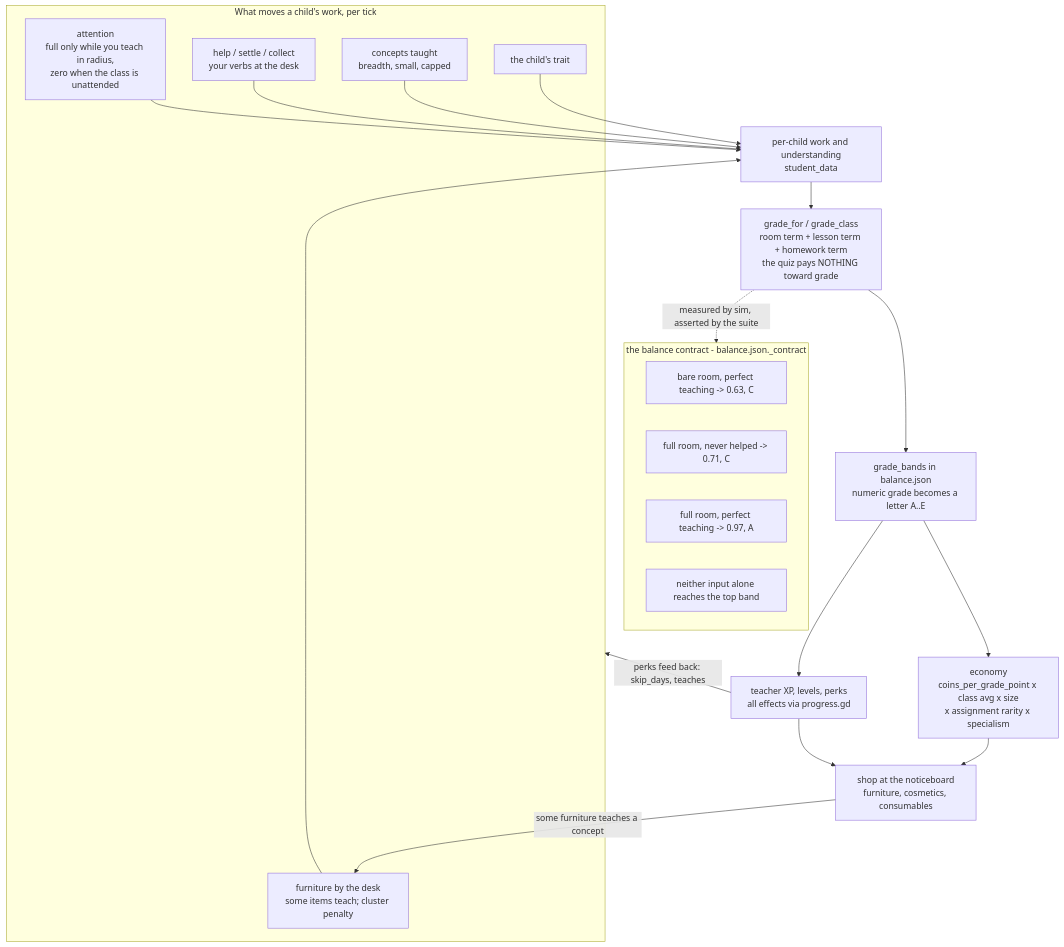
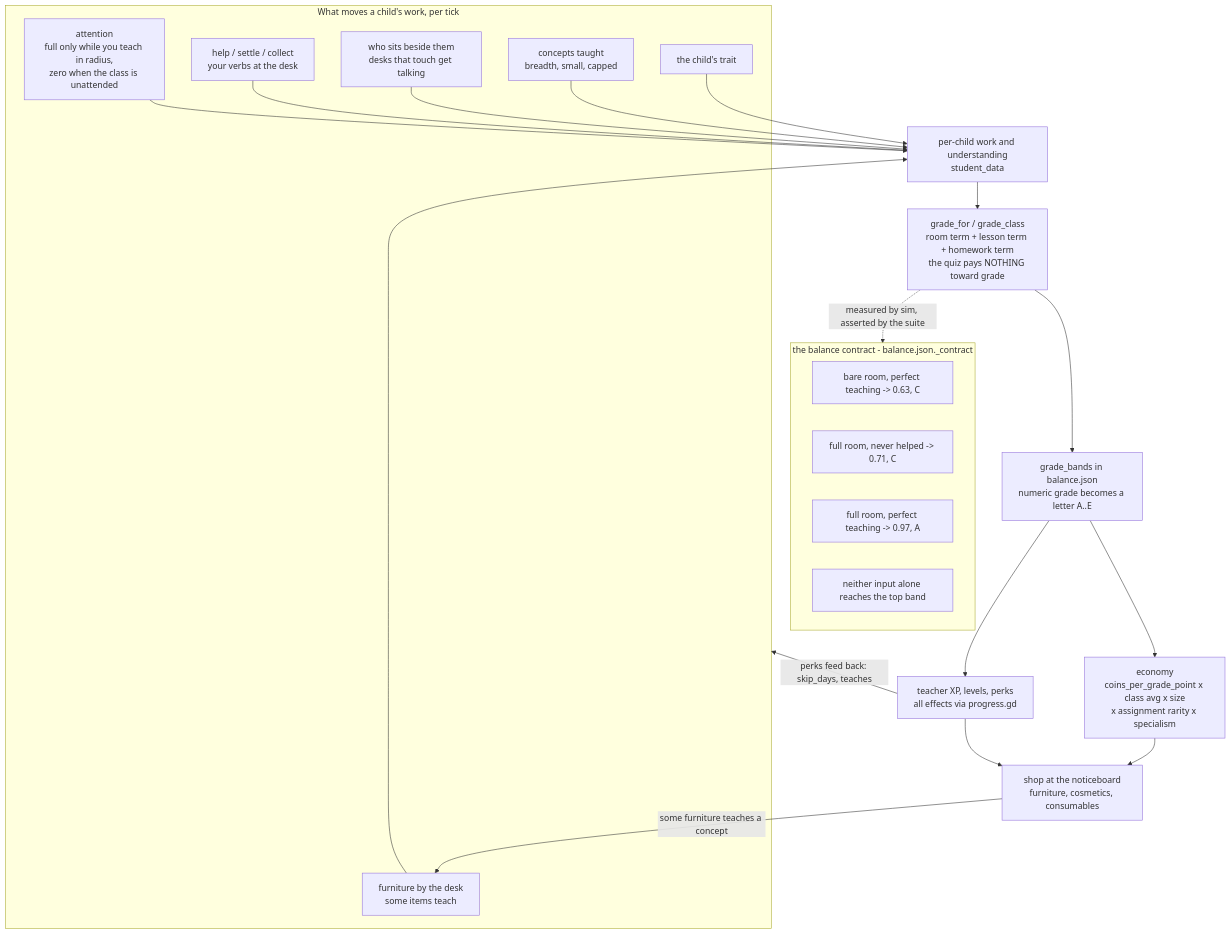
One commit to Mbottega16/EduSystem changed the third of 5 diagrams in docs/ARCHITECTURE.md. Above: the diagram before and after it, drawn with Mermaid. The commit also changed 33 other files, not shown here.

````diff
--- a/docs/ARCHITECTURE.md
+++ b/docs/ARCHITECTURE.md
@@ -151,37 +151,39 @@
 ```mermaid
 flowchart TB
     subgraph INPUTS["What moves a child's work, per tick"]
         ATT["attention<br/>full only while you teach in radius,<br/>zero when the class is unattended"]
         HELP["help / settle / collect<br/>your verbs at the desk"]
-        FURN["furniture by the desk<br/>some items teach; cluster penalty"]
+        FURN["furniture by the desk<br/>some items teach"]
+        CHAT["who sits beside them<br/>desks that touch get talking"]
         CONC["concepts taught<br/>breadth, small, capped"]
         TRAIT["the child's trait"]
     end
 
     ATT --> WORK
     HELP --> WORK
     FURN --> WORK
+    CHAT --> WORK
     CONC --> WORK
     TRAIT --> WORK
 
     WORK["per-child work and understanding<br/>student_data"]
     WORK --> GRADE["grade_for / grade_class<br/>room term + lesson term + homework term<br/>the quiz pays NOTHING toward grade"]
     GRADE --> BANDS["grade_bands in balance.json<br/>numeric grade becomes a letter A..E"]
 
     BANDS --> COIN["economy<br/>coins_per_grade_point x class avg x size<br/>x assignment rarity x specialism"]
     BANDS --> XP["teacher XP, levels, perks<br/>all effects via progress.gd"]
 
     COIN --> SHOP["shop at the noticeboard<br/>furniture, cosmetics, consumables"]
     XP --> SHOP
     SHOP -->|some furniture teaches a concept| FURN
     XP -->|perks feed back: skip_days, teaches| INPUTS
 
     subgraph CONTRACT["the balance contract - balance.json._contract"]
         C1["bare room, perfect teaching -> 0.63, C"]
         C2["full room, never helped -> 0.71, C"]
         C3["full room, perfect teaching -> 0.97, A"]
         C4["neither input alone reaches the top band"]
     end
 
     GRADE -.->|measured by sim, asserted by the suite| CONTRACT
 ```
````
